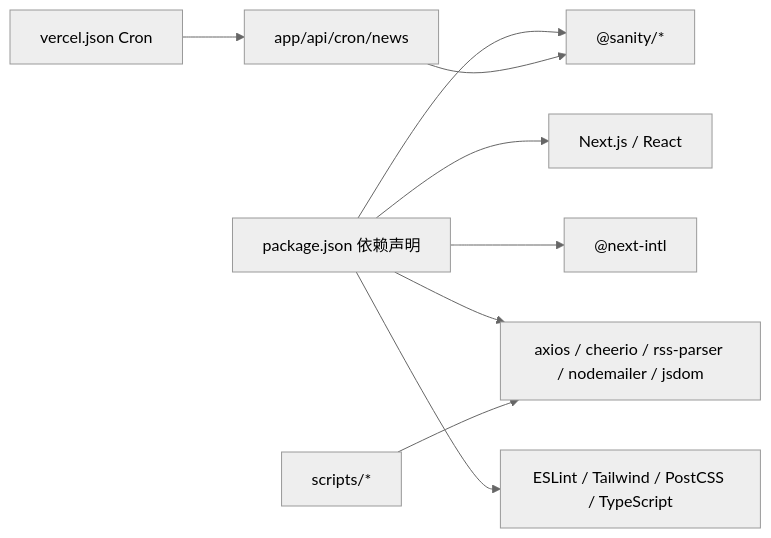
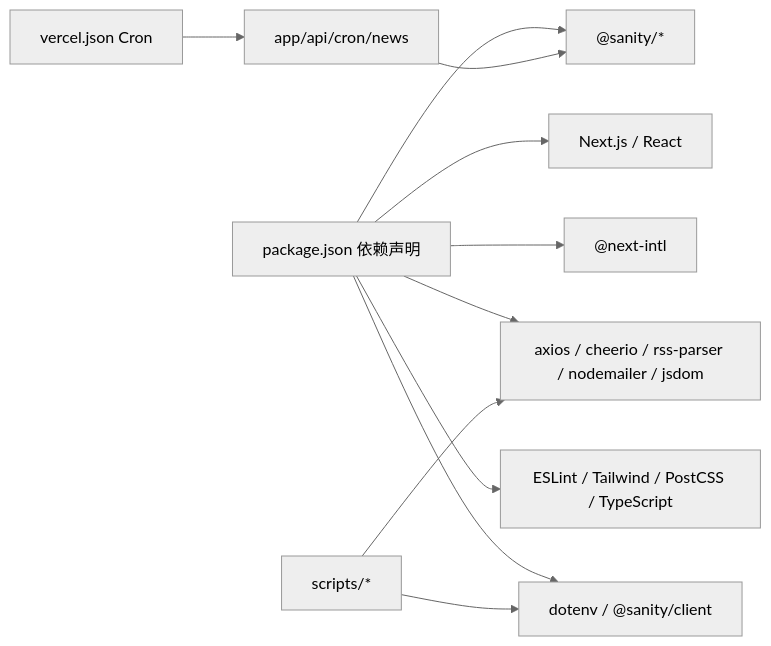
One commit to waltzhan/LEDTrade changed the sixth of 6 diagrams in .qoder/repowiki/zh/content/开发者指南.md. Above: the diagram before and after it, drawn with Mermaid (neutral theme). The commit also changed other lines of this file and 20 other files, not shown here.

````diff
--- a/.qoder/repowiki/zh/content/开发者指南.md
+++ b/.qoder/repowiki/zh/content/开发者指南.md
@@ -237,11 +287,13 @@
 ```mermaid
 graph LR
 Pkg["package.json 依赖声明"] --> Next["Next.js / React"]
 Pkg --> Intl["@next-intl"]
 Pkg --> Sanity["@sanity/*"]
 Pkg --> Utils["axios / cheerio / rss-parser / nodemailer / jsdom"]
 Pkg --> Dev["ESLint / Tailwind / PostCSS / TypeScript"]
+Pkg --> AI["dotenv / @sanity/client"]
 Scripts["scripts/*"] --> Utils
+Scripts --> AI
 Cron["vercel.json Cron"] --> API["app/api/cron/news"]
 API --> Sanity
 ```
````
